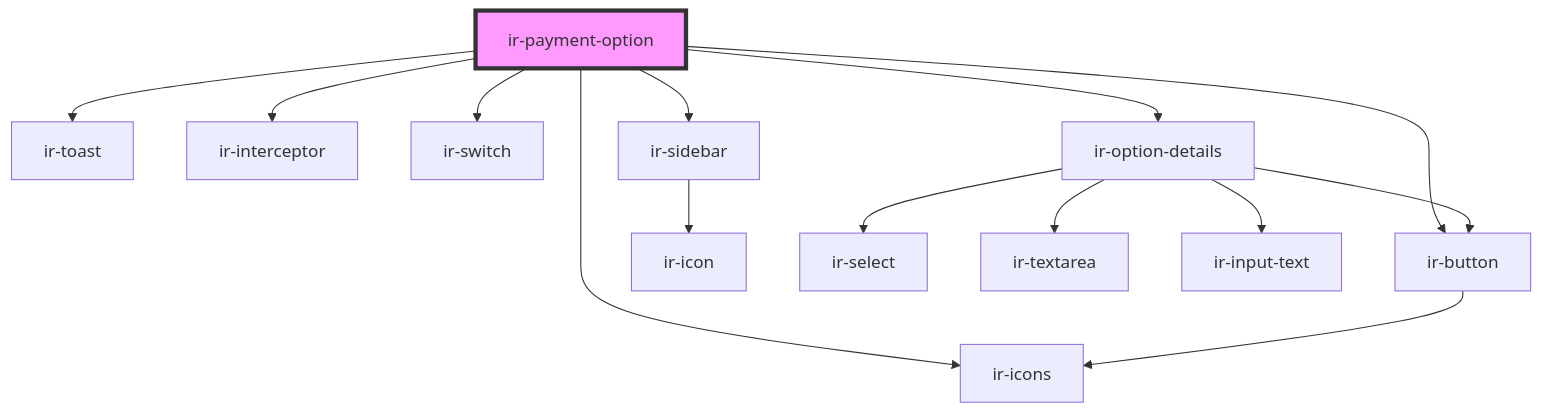
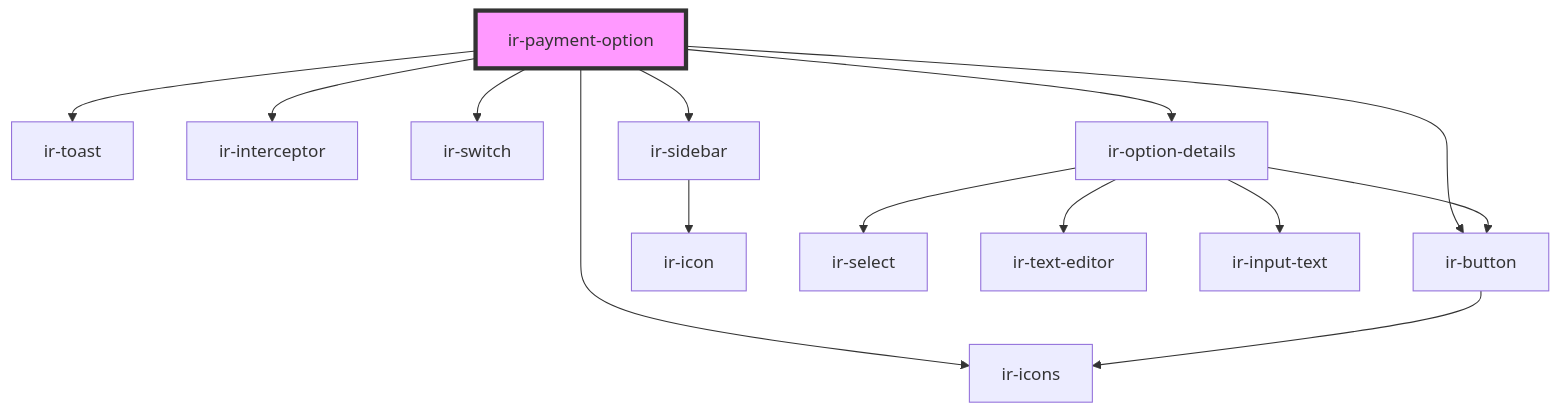
One commit to RonyRizk/ir-webcmp changed the diagram in src/components/ir-payment-option/readme.md. Above: the diagram before and after it, drawn with Mermaid. The commit also changed 39 other files, not shown here.

Commit message:
Rich Text Editor

````diff
--- a/src/components/ir-payment-option/readme.md
+++ b/src/components/ir-payment-option/readme.md
@@ -40,17 +40,17 @@
 ```mermaid
 graph TD;
   ir-payment-option --> ir-toast
   ir-payment-option --> ir-interceptor
   ir-payment-option --> ir-icons
   ir-payment-option --> ir-switch
   ir-payment-option --> ir-button
   ir-payment-option --> ir-sidebar
   ir-payment-option --> ir-option-details
   ir-button --> ir-icons
   ir-sidebar --> ir-icon
   ir-option-details --> ir-select
-  ir-option-details --> ir-textarea
+  ir-option-details --> ir-text-editor
   ir-option-details --> ir-input-text
   ir-option-details --> ir-button
   style ir-payment-option fill:#f9f,stroke:#333,stroke-width:4px
 ```
````
